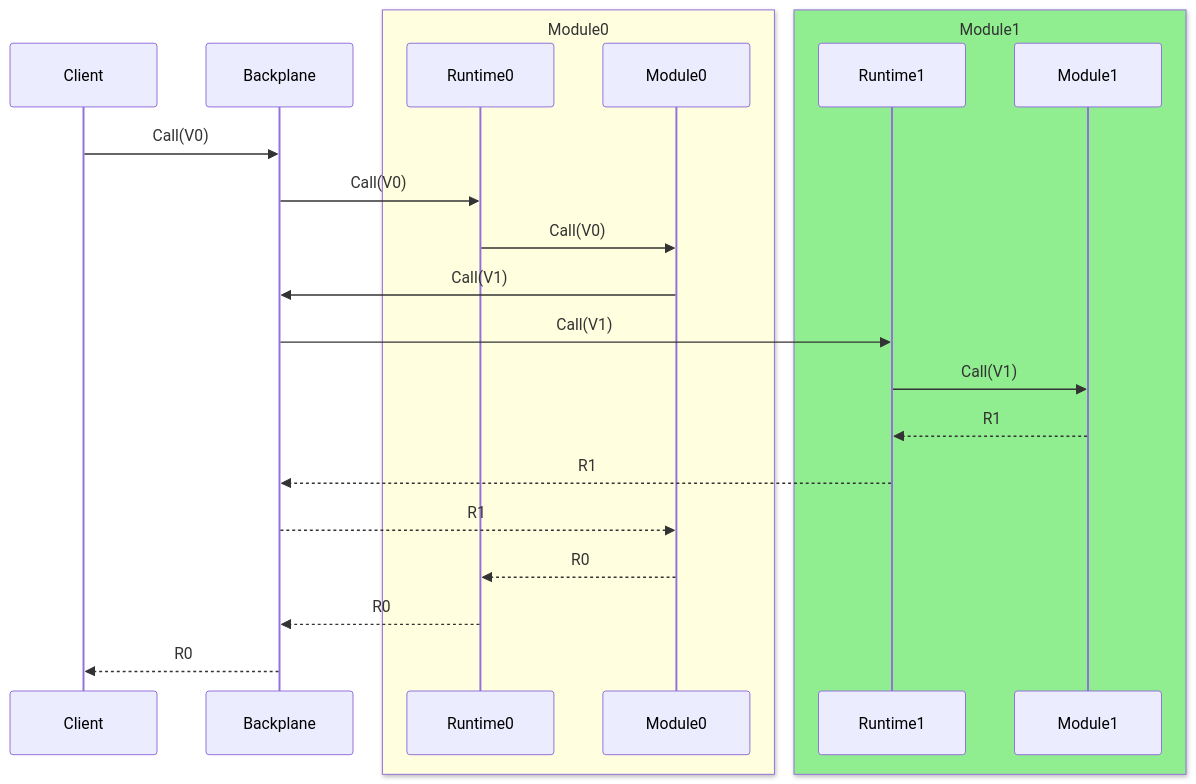
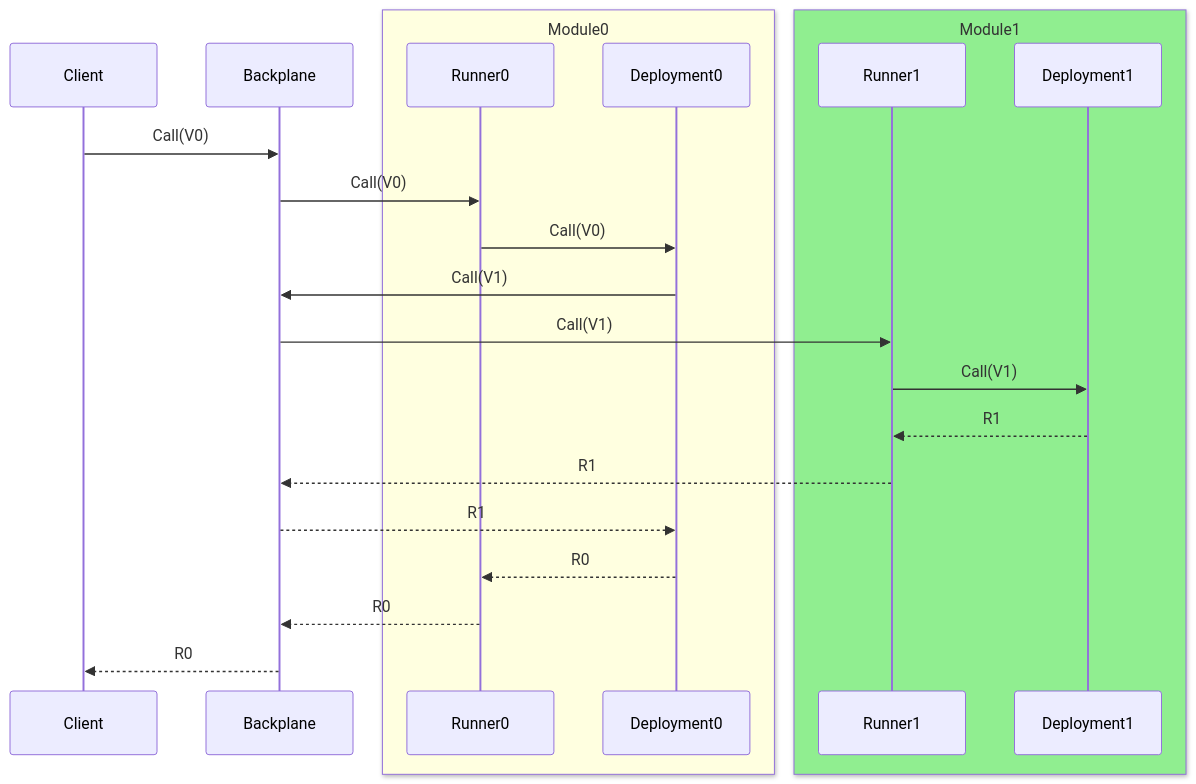
The third of 3 diagrams in ARCHITECTURE.md (TBD54566975/ftl), drawn with Mermaid before and after one commit. The commit also changed other lines of this file, not shown here.

````diff
--- a/ARCHITECTURE.md
+++ b/ARCHITECTURE.md
@@ -58,28 +58,28 @@
 ```mermaid
 sequenceDiagram
   %% autonumber
 
   participant C as Client
   participant B as Backplane
   box LightYellow Module0
-    participant R0 as Runtime0
-    participant M0 as Module0
+    participant R0 as Runner0
+    participant M0 as Deployment0
   end
   box LightGreen Module1
-    participant R1 as Runtime1
-    participant M1 as Module1
+    participant R1 as Runner1
+    participant M1 as Deployment1
   end
 
   C ->> B: Call(V0)
   B ->> R0: Call(V0)
   R0 ->> M0: Call(V0)
   M0 ->> B: Call(V1)
   B ->> R1: Call(V1)
   R1 ->> M1: Call(V1)
   M1 -->> R1: R1
   R1 -->> B: R1
   B -->> M0: R1
   M0 -->> R0: R0
   R0 -->> B: R0
   B -->> C: R0
 ```
````
